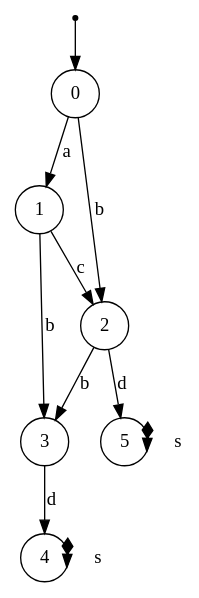
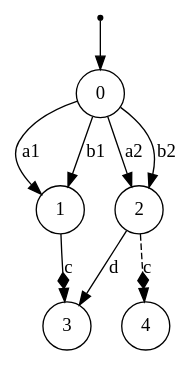
One commit to Reithger/Finite-State-Machine-Model changed the diagram in dotsource.dot. Above: the diagram before and after it, drawn with Graphviz. The commit also changed 11 other files, not shown here.

```diff
--- a/dotsource.dot
+++ b/dotsource.dot
@@ -1,19 +1,16 @@
 digraph G {
 "n0"[label="0"shape=circle color="black"];
 "ArbitraryUnusedNameNoWorriesJustGrooving1"[fontSize=1 shape=point];
 "n1"[label="1"shape=circle color="black"];
 "n2"[label="2"shape=circle color="black"];
 "n3"[label="3"shape=circle color="black"];
 "n4"[label="4"shape=circle color="black"];
-"n5"[label="5"shape=circle color="black"];
 {"ArbitraryUnusedNameNoWorriesJustGrooving1"}->{"n0"};
-{"n0"}->{"n1"}[label = "a" color="black" arrowhead="normal" style=""];
-{"n0"}->{"n2"}[label = "b" color="black" arrowhead="normal" style=""];
-{"n1"}->{"n3"}[label = "b" color="black" arrowhead="normal" style=""];
-{"n1"}->{"n2"}[label = "c" color="black" arrowhead="normal" style=""];
-{"n2"}->{"n3"}[label = "b" color="black" arrowhead="normal" style=""];
-{"n2"}->{"n5"}[label = "d" color="black" arrowhead="normal" style=""];
-{"n3"}->{"n4"}[label = "d" color="black" arrowhead="normal" style=""];
-{"n4"}->{"n4"}[label = "s" color="black" arrowhead="normaldiamond" style=""];
-{"n5"}->{"n5"}[label = "s" color="black" arrowhead="normaldiamond" style="dashed"];
+{"n0"}->{"n1"}[label = "a1" color="black" arrowhead="normal" style=""];
+{"n0"}->{"n1"}[label = "b1" color="black" arrowhead="normal" style=""];
+{"n0"}->{"n2"}[label = "a2" color="black" arrowhead="normal" style=""];
+{"n0"}->{"n2"}[label = "b2" color="black" arrowhead="normal" style=""];
+{"n1"}->{"n3"}[label = "c" color="black" arrowhead="normaldiamond" style=""];
+{"n2"}->{"n3"}[label = "d" color="black" arrowhead="normal" style=""];
+{"n2"}->{"n4"}[label = "c" color="black" arrowhead="normaldiamond" style="dashed"];
 }
```
